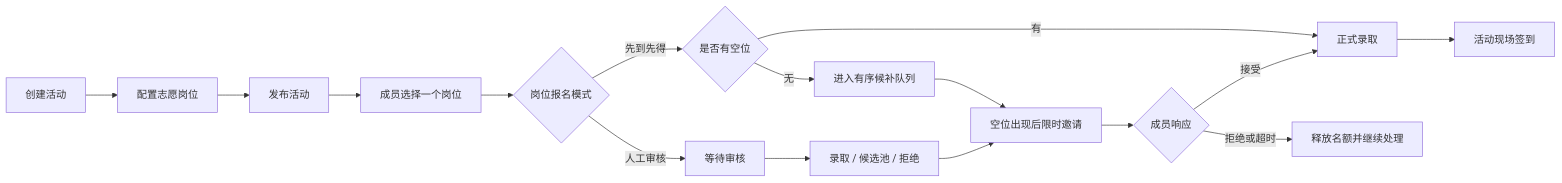
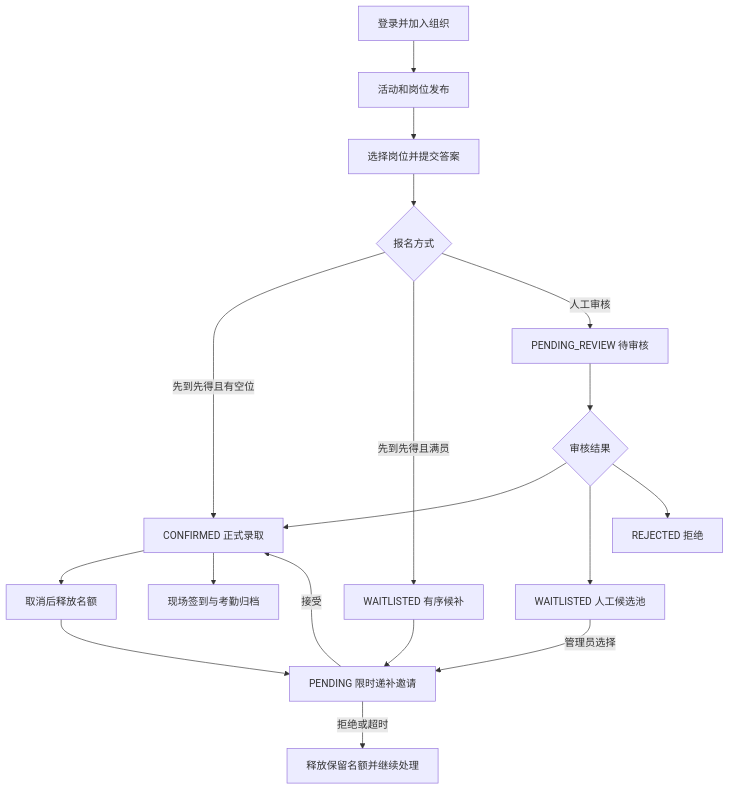
One commit to k65010825-ship-it/volunteer-flow changed the first of 2 diagrams in README.md. Above: the diagram before and after it, drawn with Mermaid. The commit also changed other lines of this file, not shown here.

````diff
--- a/README.md
+++ b/README.md
@@ -39,18 +22,20 @@
 ```mermaid
-flowchart LR
-    A[创建活动] --> B[配置志愿岗位]
-    B --> C[发布活动]
-    C --> D[成员选择一个岗位]
-    D --> E{岗位报名模式}
-    E -->|先到先得| F{是否有空位}
-    F -->|有| G[正式录取]
-    F -->|无| H[进入有序候补队列]
-    E -->|人工审核| I[等待审核]
-    I --> J[录取 / 候选池 / 拒绝]
-    H --> K[空位出现后限时邀请]
-    J --> K
-    K --> L{成员响应}
-    L -->|接受| G
-    L -->|拒绝或超时| M[释放名额并继续处理]
-    G --> N[活动现场签到]
+flowchart TD
+    A[登录并加入组织] --> B[活动和岗位发布]
+    B --> C[选择岗位并提交答案]
+    C --> D{报名方式}
+    D -->|先到先得且有空位| E[CONFIRMED 正式录取]
+    D -->|先到先得且满员| F[WAITLISTED 有序候补]
+    D -->|人工审核| G[PENDING_REVIEW 待审核]
+    G --> H{审核结果}
+    H --> E
+    H --> I[WAITLISTED 人工候选池]
+    H --> J[REJECTED 拒绝]
+    E --> K[取消后释放名额]
+    K --> L[PENDING 限时递补邀请]
+    F --> L
+    I -->|管理员选择| L
+    L -->|接受| E
+    L -->|拒绝或超时| M[释放保留名额并继续处理]
+    E --> N[现场签到与考勤归档]
 ```
````
